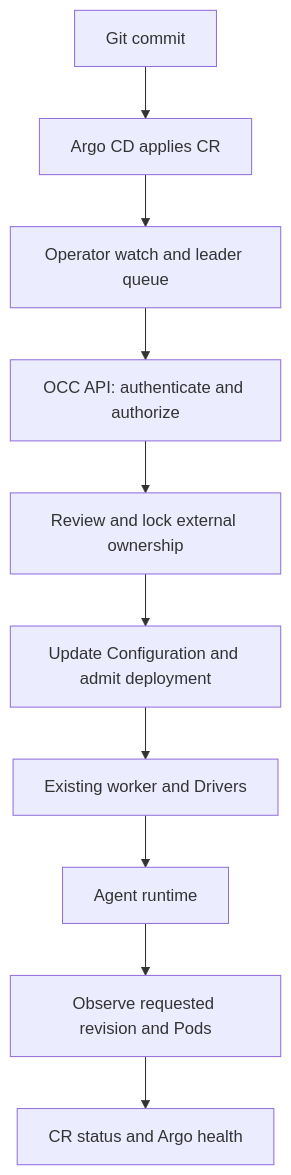
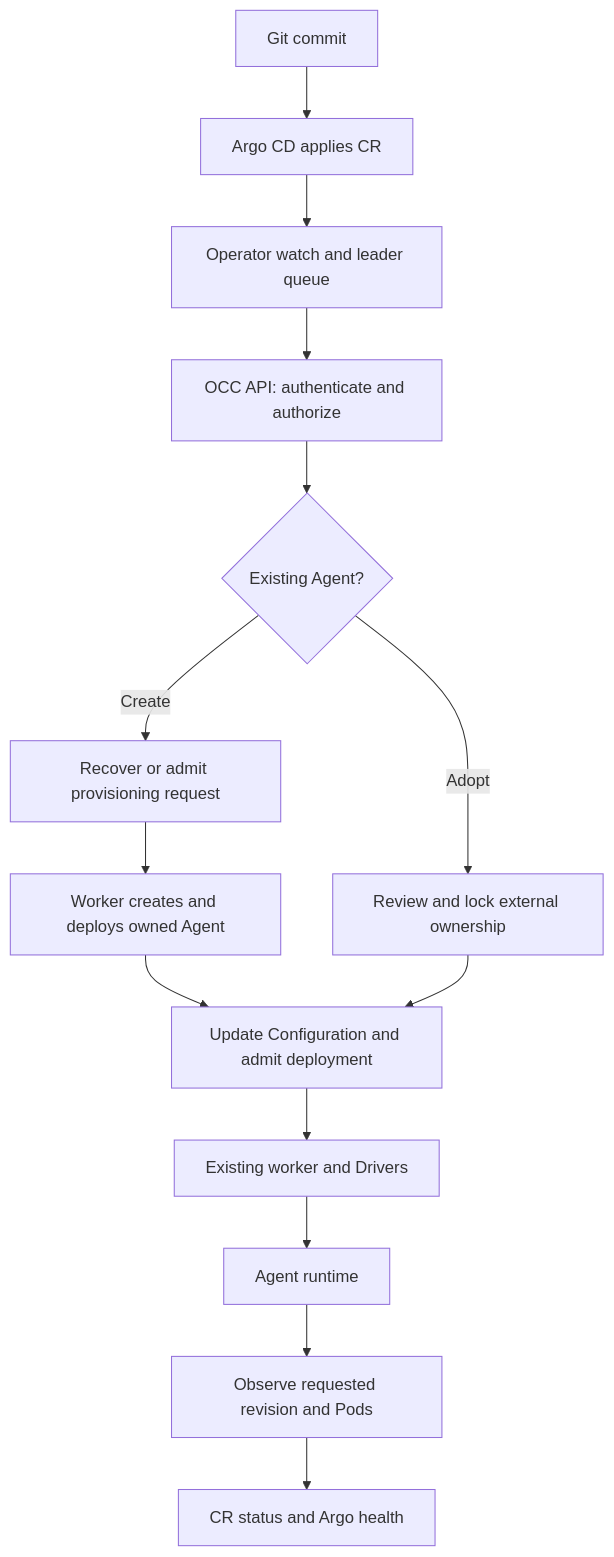
One commit to openclaw/openclaw-enterprise changed the diagram in docs/flows/kubernetes-agent-operator.md. Above: the diagram before and after it, drawn with Mermaid. The commit also changed other lines of this file and 32 other files, not shown here.

Commit message:
Create managed Agents from CRDs through recoverable provisioning

````diff
--- a/docs/flows/kubernetes-agent-operator.md
+++ b/docs/flows/kubernetes-agent-operator.md
@@ -26,12 +26,16 @@
 ```mermaid
 graph TD
   Git["Git commit"] --> Argo["Argo CD applies CR"]
   Argo --> Queue["Operator watch and leader queue"]
   Queue --> API["OCC API: authenticate and authorize"]
-  API --> Claim["Review and lock external ownership"]
+  API --> Mode{"Existing Agent?"}
+  Mode -->|Adopt| Claim["Review and lock external ownership"]
+  Mode -->|Create| Provision["Recover or admit provisioning request"]
+  Provision --> First["Worker creates and deploys owned Agent"]
+  First --> Apply
   Claim --> Apply["Update Configuration and admit deployment"]
   Apply --> Worker["Existing worker and Drivers"]
   Worker --> Runtime["Agent runtime"]
   Runtime --> Observe["Observe requested revision and Pods"]
   Observe --> Status["CR status and Argo health"]
 ```
````
